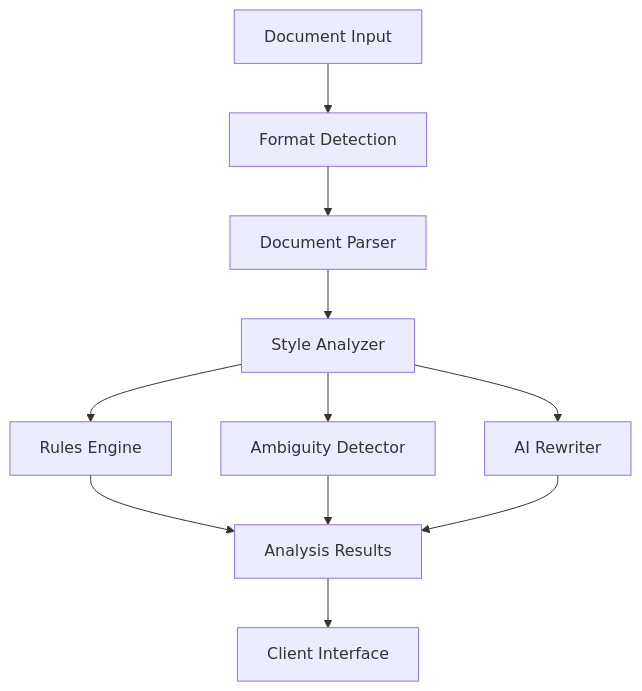
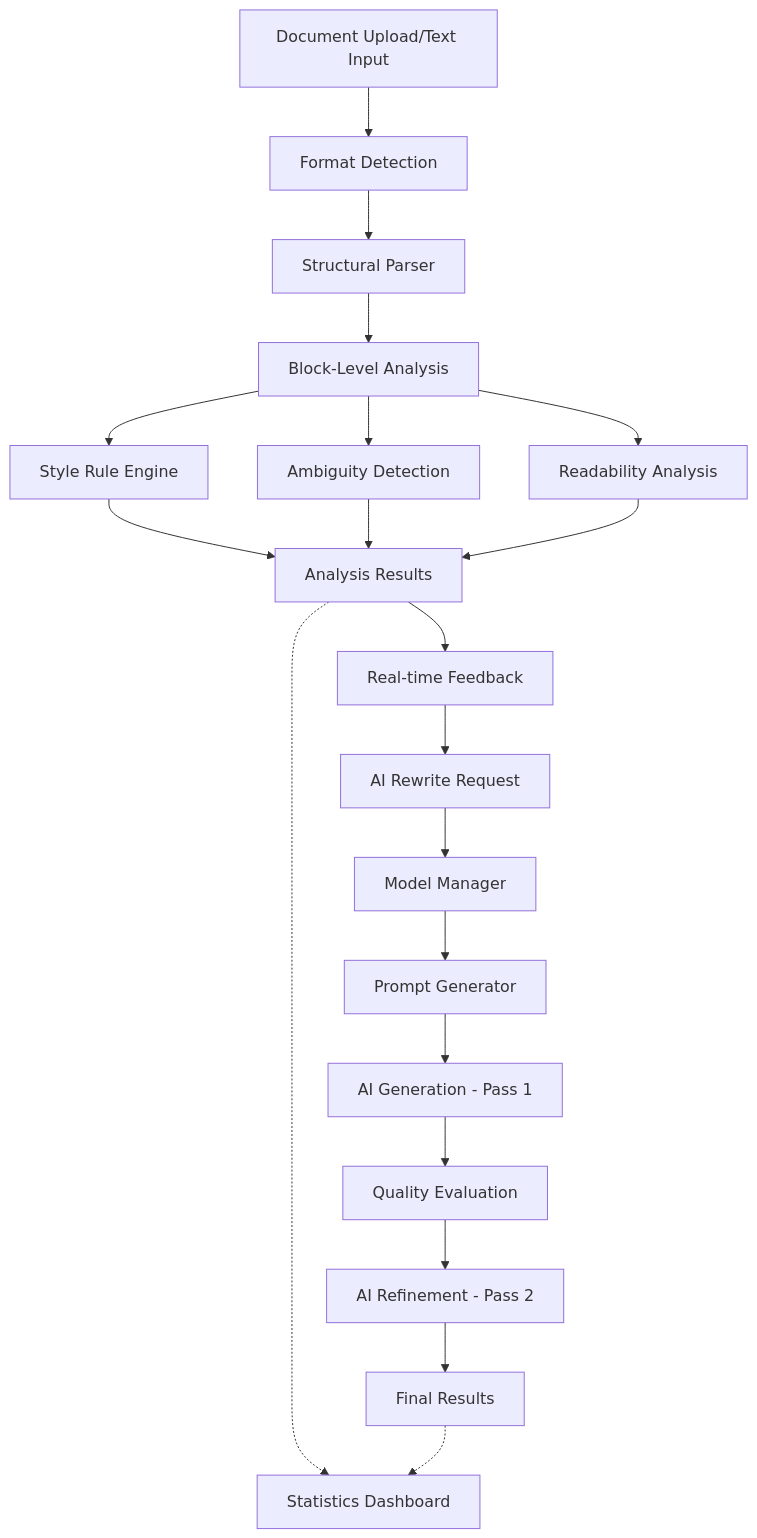
Before and after one commit to gtrivedi88/content-editorial-assistant: the diagram in docs/modules/ROOT/pages/index.adoc, drawn with Mermaid. The commit also changed other lines of this file and 12 other files, not shown here.

```diff
--- a/docs/modules/ROOT/pages/index.adoc
+++ b/docs/modules/ROOT/pages/index.adoc
@@ -40,14 +45,25 @@
-[mermaid,target=architecture-overview]
+[mermaid,target=system-workflow]
 ....
 graph TD
-    A[Document Input] --> B[Format Detection]
-    B --> C[Document Parser]
-    C --> D[Style Analyzer]
-    D --> E[Rules Engine]
-    D --> F[Ambiguity Detector]
-    D --> G[AI Rewriter]
+    A[Document Upload/Text Input] --> B[Format Detection]
+    B --> C[Structural Parser]
+    C --> D[Block-Level Analysis]
+    D --> E[Style Rule Engine]
+    D --> F[Ambiguity Detection]
+    D --> G[Readability Analysis]
     E --> H[Analysis Results]
     F --> H
     G --> H
-    H --> I[Client Interface]
+    H --> I[Real-time Feedback]
+    
+    I --> J[AI Rewrite Request]
+    J --> K[Model Manager]
+    K --> L[Prompt Generator]
+    L --> M[AI Generation - Pass 1]
+    M --> N[Quality Evaluation]
+    N --> O[AI Refinement - Pass 2]
+    O --> P[Final Results]
+    
+    H -.-> Q[Statistics Dashboard]
+    P -.-> Q
 ....
```
